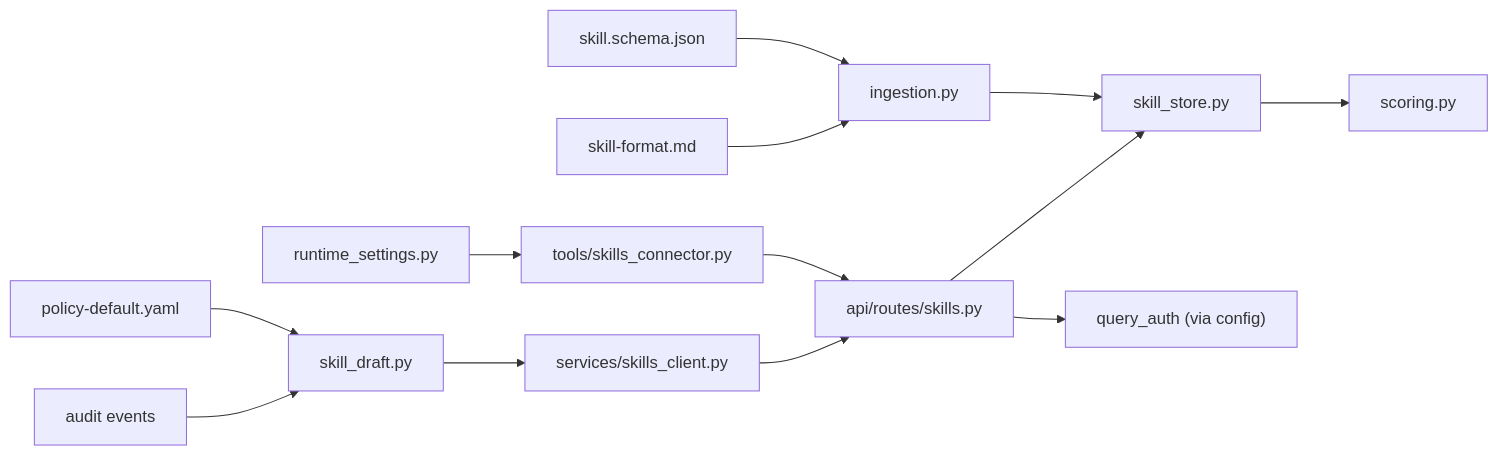
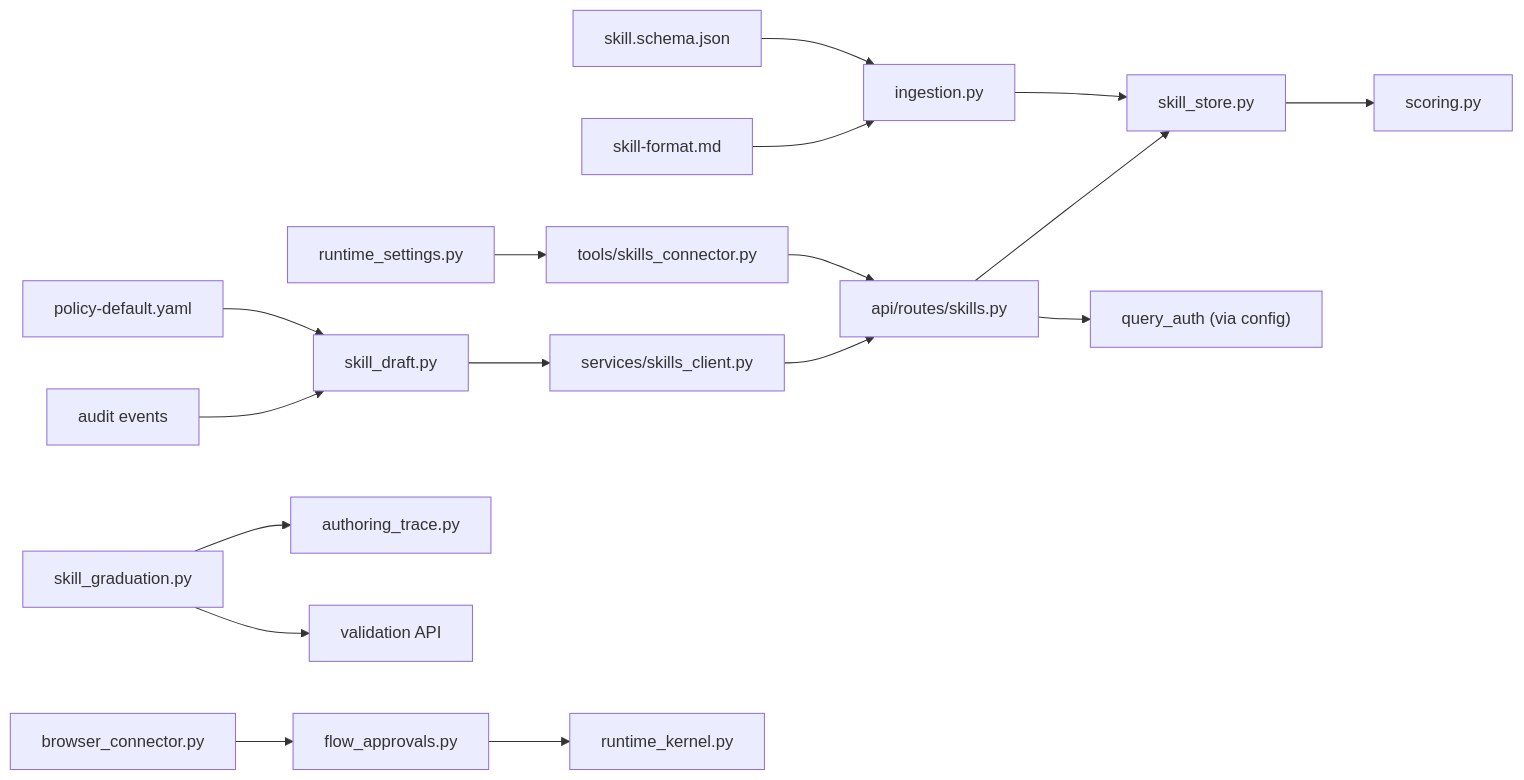
Before and after one commit to metasync/luban-aiops: diagram 14 of 14 in .qoder/repowiki/en/content/Architecture Documentation/SPEC-014_ Skills and Grounded Guidance Specification.md, drawn with Mermaid. The commit also changed other lines of this file and 6 other files, not shown here.

````diff
--- a/.qoder/repowiki/en/content/Architecture Documentation/SPEC-014_ Skills and Grounded Guidance Specification.md
+++ b/.qoder/repowiki/en/content/Architecture Documentation/SPEC-014_ Skills and Grounded Guidance Specification.md
@@ -524,15 +699,19 @@
 ```mermaid
 graph LR
 SCHEMA["skill.schema.json"] --> INGEST["ingestion.py"]
 FORMAT["skill-format.md"] --> INGEST
 INGEST --> STORE["skill_store.py"]
 STORE --> SCORE["scoring.py"]
 ROUTE["api/routes/skills.py"] --> STORE
 ROUTE --> AUTH["query_auth (via config)"]
 CONNECTOR["tools/skills_connector.py"] --> ROUTE
 AGENT["runtime_settings.py"] --> CONNECTOR
 SKILLS_CLIENT["services/skills_client.py"] --> ROUTE
 EXPORT["skill_draft.py"] --> SKILLS_CLIENT
 POLICY["policy-default.yaml"] --> EXPORT
 AUDIT["audit events"] --> EXPORT
+GRADUATION["skill_graduation.py"] --> TRACE["authoring_trace.py"]
+GRADUATION --> VALIDATOR["validation API"]
+FLOW_APPROVALS["flow_approvals.py"] --> KERNEL["runtime_kernel.py"]
+BROWSER_CONN["browser_connector.py"] --> FLOW_APPROVALS
 ```
````
